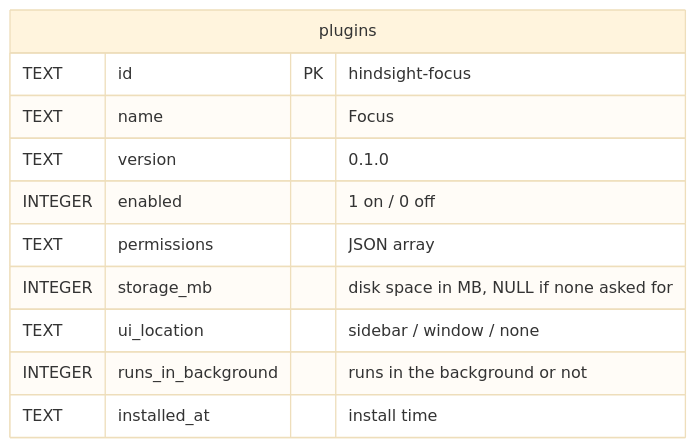
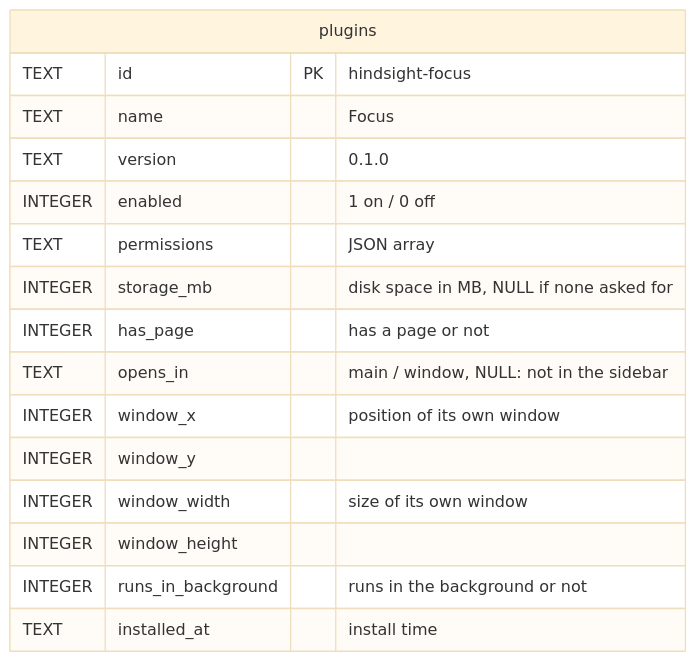
One commit to Tomotsugu-dev/Hindsight changed the first of 2 diagrams in docs/design/plugins/en/data.md. Above: the diagram before and after it, drawn with Mermaid (base theme). The commit also changed other lines of this file and 7 other files, not shown here.

First line of the commit message:
feat(plugins): let the user choose where a plugin page opens

````diff
--- a/docs/design/plugins/en/data.md
+++ b/docs/design/plugins/en/data.md
@@ -12,14 +12,19 @@
 ```mermaid
 erDiagram
   plugins {
     TEXT id PK "hindsight-focus"
     TEXT name "Focus"
     TEXT version "0.1.0"
     INTEGER enabled "1 on / 0 off"
     TEXT permissions "JSON array"
     INTEGER storage_mb "disk space in MB, NULL if none asked for"
-    TEXT ui_location "sidebar / window / none"
+    INTEGER has_page "has a page or not"
+    TEXT opens_in "main / window, NULL: not in the sidebar"
+    INTEGER window_x "position of its own window"
+    INTEGER window_y
+    INTEGER window_width "size of its own window"
+    INTEGER window_height
     INTEGER runs_in_background "runs in the background or not"
     TEXT installed_at "install time"
   }
 ```
````
